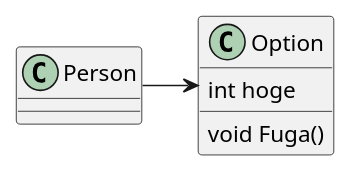
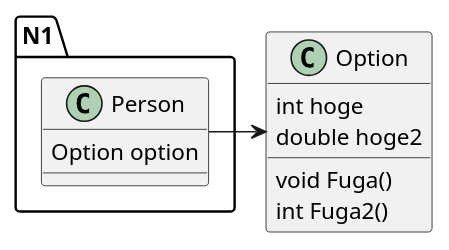
The diagram in sample.pu (plantuml/plantuml), drawn with PlantUML before and after one commit. The commit also changed 12 other files, not shown here.

```diff
--- a/sample.pu
+++ b/sample.pu
@@ -1,14 +1,18 @@
 @startuml
 
+namespace N1{
 class Person{
-
+    Option option
+}
 }
 
 class Option{
     int hoge
+    double hoge2
     void Fuga()
+    int Fuga2()
 }
 
-Person -> Option
+N1.Person -> Option
 
 @enduml
```
